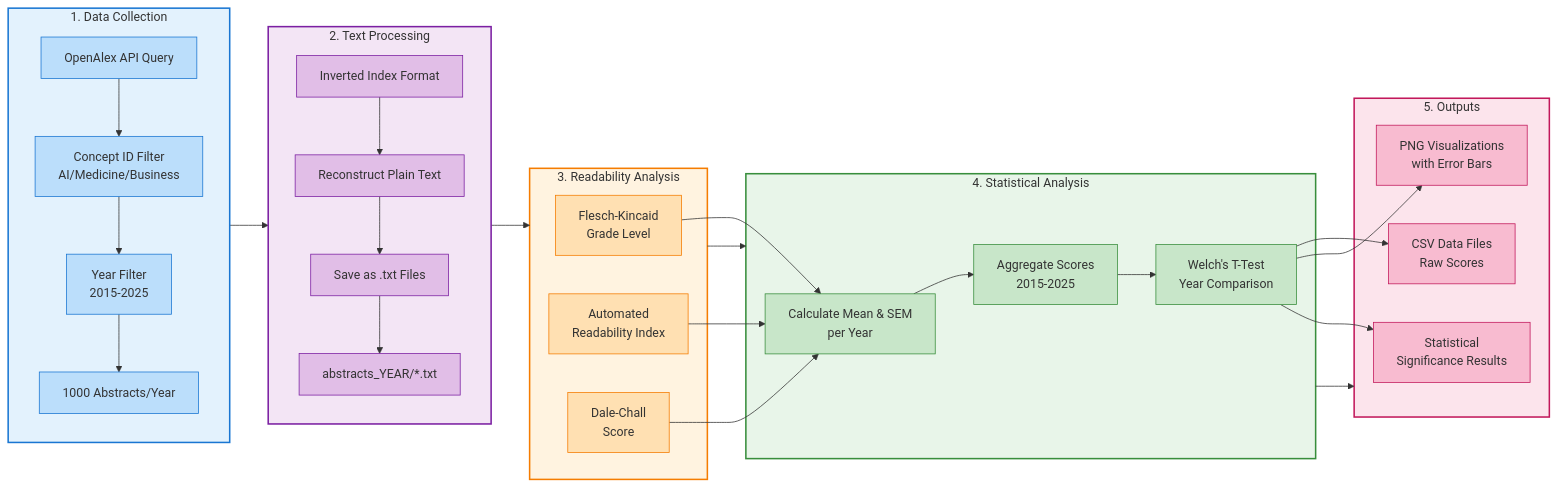
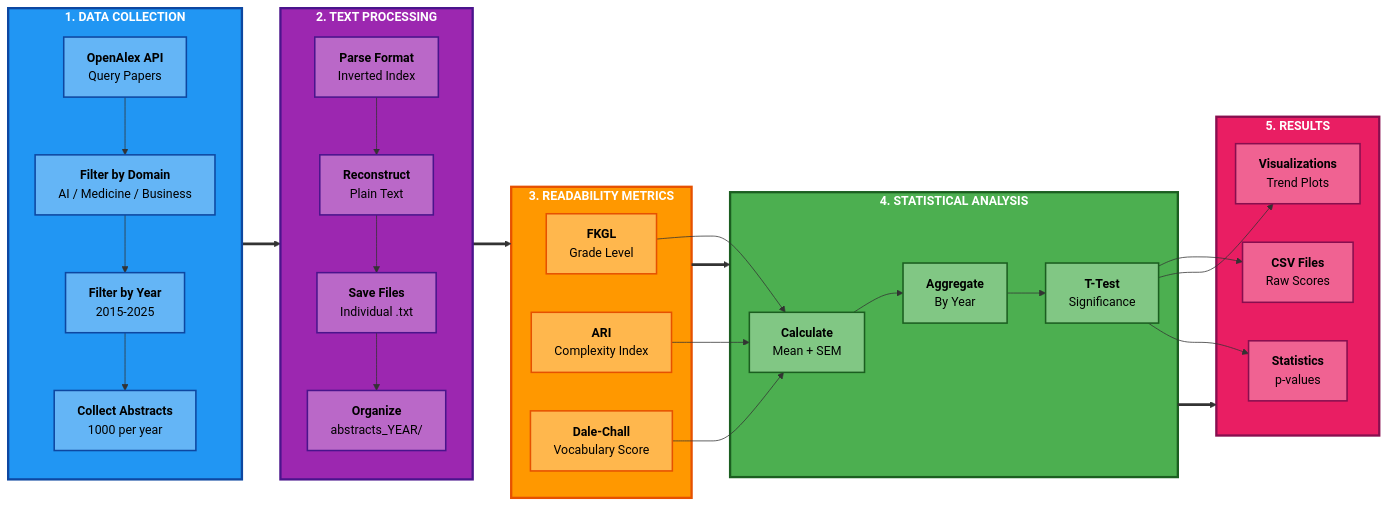
Before and after one commit to lydiakrifka/llm-readability-scientific-abstract: the diagram in methodology_flowchart.md, drawn with Mermaid.

````diff
--- a/methodology_flowchart.md
+++ b/methodology_flowchart.md
@@ -1,41 +1,41 @@
 ```mermaid
 flowchart LR
-    subgraph Step1["1. Data Collection"]
-        A1[OpenAlex API Query]
-        A2[Concept ID Filter<br/>AI/Medicine/Business]
-        A3[Year Filter<br/>2015-2025]
-        A4[1000 Abstracts/Year]
+    subgraph Step1["<b>1. DATA COLLECTION</b>"]
+        A1["<b>OpenAlex API</b><br/>Query Papers"]
+        A2["<b>Filter by Domain</b><br/>AI / Medicine / Business"]
+        A3["<b>Filter by Year</b><br/>2015-2025"]
+        A4["<b>Collect Abstracts</b><br/>1000 per year"]
     end
     
-    subgraph Step2["2. Text Processing"]
-        B1[Inverted Index Format]
-        B2[Reconstruct Plain Text]
-        B3[Save as .txt Files]
-        B4[abstracts_YEAR/*.txt]
+    subgraph Step2["<b>2. TEXT PROCESSING</b>"]
+        B1["<b>Parse Format</b><br/>Inverted Index"]
+        B2["<b>Reconstruct</b><br/>Plain Text"]
+        B3["<b>Save Files</b><br/>Individual .txt"]
+        B4["<b>Organize</b><br/>abstracts_YEAR/"]
     end
     
-    subgraph Step3["3. Readability Analysis"]
-        C1[Flesch-Kincaid<br/>Grade Level]
-        C2[Automated<br/>Readability Index]
-        C3[Dale-Chall<br/>Score]
+    subgraph Step3["<b>3. READABILITY METRICS</b>"]
+        C1["<b>FKGL</b><br/>Grade Level"]
+        C2["<b>ARI</b><br/>Complexity Index"]
+        C3["<b>Dale-Chall</b><br/>Vocabulary Score"]
     end
     
-    subgraph Step4["4. Statistical Analysis"]
-        D1[Calculate Mean & SEM<br/>per Year]
-        D2[Aggregate Scores<br/>2015-2025]
-        D3[Welch's T-Test<br/>Year Comparison]
+    subgraph Step4["<b>4. STATISTICAL ANALYSIS</b>"]
+        D1["<b>Calculate</b><br/>Mean + SEM"]
+        D2["<b>Aggregate</b><br/>By Year"]
+        D3["<b>T-Test</b><br/>Significance"]
     end
     
-    subgraph Step5["5. Outputs"]
-        E1[CSV Data Files<br/>Raw Scores]
-        E2[PNG Visualizations<br/>with Error Bars]
-        E3[Statistical<br/>Significance Results]
+    subgraph Step5["<b>5. RESULTS</b>"]
+        E1["<b>CSV Files</b><br/>Raw Scores"]
+        E2["<b>Visualizations</b><br/>Trend Plots"]
+        E3["<b>Statistics</b><br/>p-values"]
     end
     
-    Step1 --> Step2
-    Step2 --> Step3
-    Step3 --> Step4
-    Step4 --> Step5
+    Step1 ==> Step2
+    Step2 ==> Step3
+    Step3 ==> Step4
+    Step4 ==> Step5
     
     A1 --> A2
     A2 --> A3
@@ -56,31 +56,31 @@
     D3 --> E2
     D3 --> E3
     
-    style Step1 fill:#e3f2fd,stroke:#1976d2,stroke-width:2px
-    style Step2 fill:#f3e5f5,stroke:#7b1fa2,stroke-width:2px
-    style Step3 fill:#fff3e0,stroke:#f57c00,stroke-width:2px
-    style Step4 fill:#e8f5e9,stroke:#388e3c,stroke-width:2px
-    style Step5 fill:#fce4ec,stroke:#c2185b,stroke-width:2px
+    style Step1 fill:#2196F3,stroke:#0D47A1,stroke-width:3px,color:#fff
+    style Step2 fill:#9C27B0,stroke:#4A148C,stroke-width:3px,color:#fff
+    style Step3 fill:#FF9800,stroke:#E65100,stroke-width:3px,color:#fff
+    style Step4 fill:#4CAF50,stroke:#1B5E20,stroke-width:3px,color:#fff
+    style Step5 fill:#E91E63,stroke:#880E4F,stroke-width:3px,color:#fff
     
-    style A1 fill:#bbdefb,stroke:#1976d2
-    style A2 fill:#bbdefb,stroke:#1976d2
-    style A3 fill:#bbdefb,stroke:#1976d2
-    style A4 fill:#bbdefb,stroke:#1976d2
+    style A1 fill:#64B5F6,stroke:#0D47A1,stroke-width:2px,color:#000
+    style A2 fill:#64B5F6,stroke:#0D47A1,stroke-width:2px,color:#000
+    style A3 fill:#64B5F6,stroke:#0D47A1,stroke-width:2px,color:#000
+    style A4 fill:#64B5F6,stroke:#0D47A1,stroke-width:2px,color:#000
     
-    style B1 fill:#e1bee7,stroke:#7b1fa2
-    style B2 fill:#e1bee7,stroke:#7b1fa2
-    style B3 fill:#e1bee7,stroke:#7b1fa2
-    style B4 fill:#e1bee7,stroke:#7b1fa2
+    style B1 fill:#BA68C8,stroke:#4A148C,stroke-width:2px,color:#000
+    style B2 fill:#BA68C8,stroke:#4A148C,stroke-width:2px,color:#000
+    style B3 fill:#BA68C8,stroke:#4A148C,stroke-width:2px,color:#000
+    style B4 fill:#BA68C8,stroke:#4A148C,stroke-width:2px,color:#000
     
-    style C1 fill:#ffe0b2,stroke:#f57c00
-    style C2 fill:#ffe0b2,stroke:#f57c00
-    style C3 fill:#ffe0b2,stroke:#f57c00
+    style C1 fill:#FFB74D,stroke:#E65100,stroke-width:2px,color:#000
+    style C2 fill:#FFB74D,stroke:#E65100,stroke-width:2px,color:#000
+    style C3 fill:#FFB74D,stroke:#E65100,stroke-width:2px,color:#000
     
-    style D1 fill:#c8e6c9,stroke:#388e3c
-    style D2 fill:#c8e6c9,stroke:#388e3c
-    style D3 fill:#c8e6c9,stroke:#388e3c
+    style D1 fill:#81C784,stroke:#1B5E20,stroke-width:2px,color:#000
+    style D2 fill:#81C784,stroke:#1B5E20,stroke-width:2px,color:#000
+    style D3 fill:#81C784,stroke:#1B5E20,stroke-width:2px,color:#000
     
-    style E1 fill:#f8bbd0,stroke:#c2185b
-    style E2 fill:#f8bbd0,stroke:#c2185b
-    style E3 fill:#f8bbd0,stroke:#c2185b
+    style E1 fill:#F06292,stroke:#880E4F,stroke-width:2px,color:#000
+    style E2 fill:#F06292,stroke:#880E4F,stroke-width:2px,color:#000
+    style E3 fill:#F06292,stroke:#880E4F,stroke-width:2px,color:#000
 ```
````
